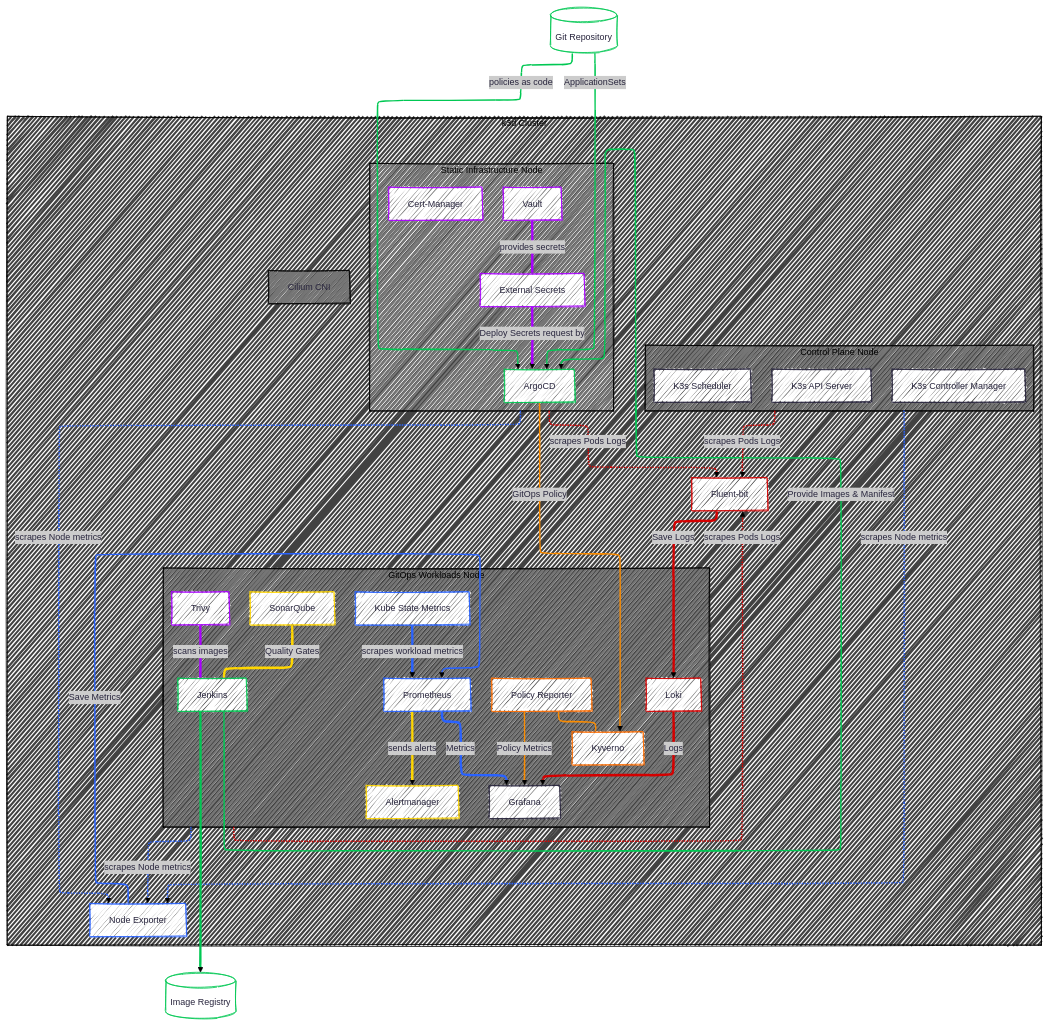
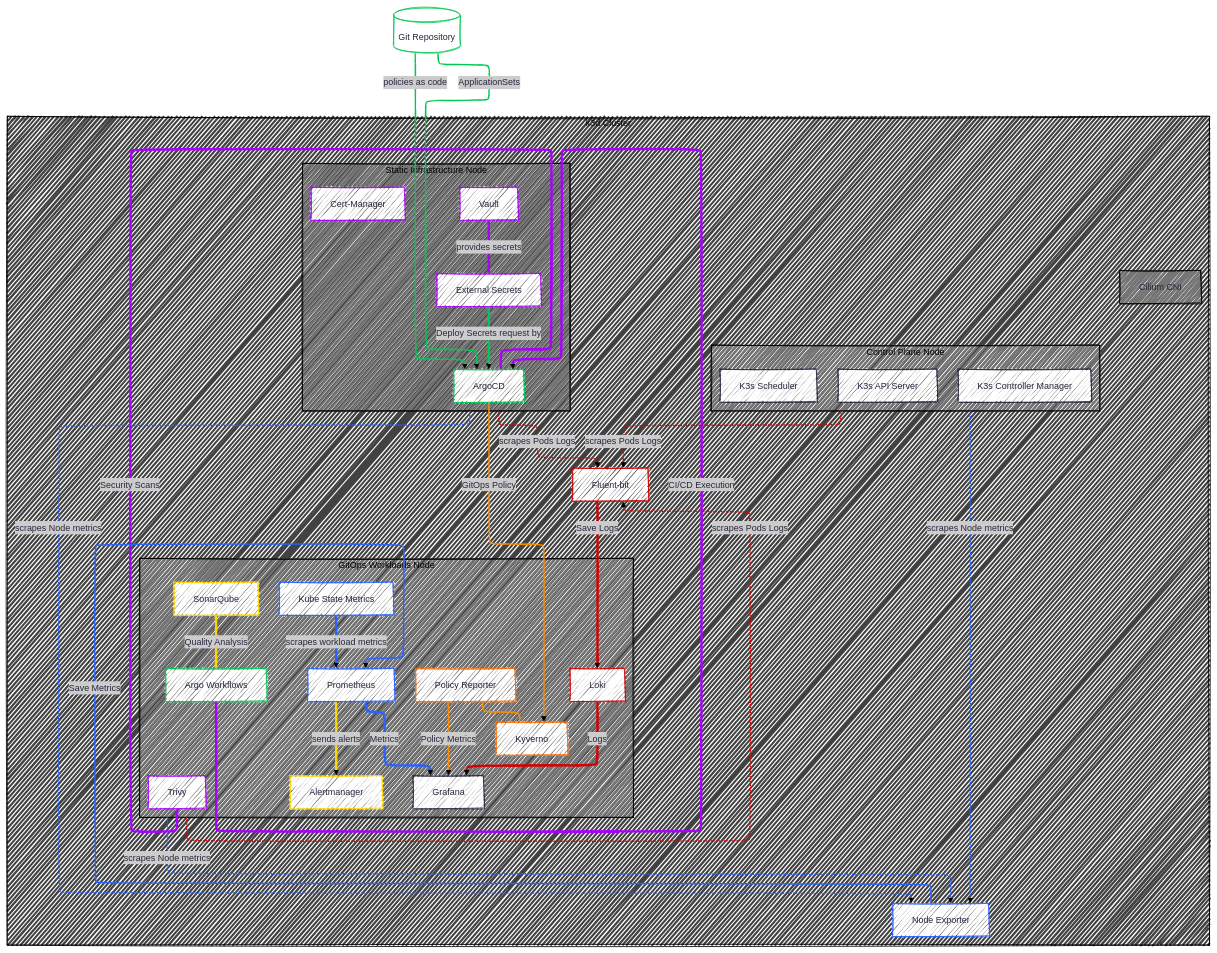
The second of 2 diagrams in README.md (rou-cru/idp-blueprint), drawn with Mermaid before and after one commit. The commit also changed other lines of this file and 10 other files, not shown here.

Commit message:
docs(project): update architecture and developer UX

````diff
--- a/README.md
+++ b/README.md
@@ -167,7 +166,7 @@
         KSM["Kube State Metrics"]
         Grafana["Grafana"]
         Loki["Loki"]
-        Jenkins["Jenkins"]
+        Workflows["Argo Workflows"]
         Sonar["SonarQube"]
         Trivy["Trivy"]
   end
@@ -179,13 +178,13 @@
         Node2
         Node3
   end
-    Jenkins == Provide Images &amp; Manifest ==> ArgoCD
     Git[("Git Repository")] -- policies as code --> ArgoCD
     Git -- ApplicationSets --> ArgoCD
     ESO == Deploy Secrets request by ==> ArgoCD
     Vault == provides secrets === ESO
-    Sonar == Quality Gates === Jenkins
-    Trivy == scans images === Jenkins
+    Workflows == CI/CD Execution ==> ArgoCD
+    Sonar == Quality Analysis === Workflows
+    Trivy == Security Scans === ArgoCD
     ArgoCD == GitOps Policy ==> Kyverno
     PolicyReporter === Kyverno
     PolicyReporter == Policy Metrics ==> Grafana
@@ -201,7 +200,6 @@
     Node3 -. scrapes Pods Logs .-> FluentBit
     FluentBit == Save Logs ==> Loki
     Loki == Logs ==> Grafana
-    Jenkins ==> n1[("Image Registry")]
     style CertMgr stroke:#AA00FF
     style Vault stroke:#AA00FF
     style ESO stroke:#AA00FF
@@ -212,7 +210,7 @@
     style AlertMgr stroke:#FFD600
     style KSM stroke:#2962FF
     style Loki stroke:#D50000
-    style Jenkins stroke:#00C853
+    style Workflows stroke:#00C853
     style Sonar stroke:#FFD600
     style Trivy stroke:#AA00FF
     style Cilium stroke:#000000,fill:#757575
@@ -222,7 +220,6 @@
     style Node2 stroke:#000000,fill:#757575
     style Node3 fill:#757575,stroke:#000000
     style Git stroke:#00C853
-    style n1 stroke:#00C853
     style K3s stroke:#000000,fill:#424242
     linkStyle 0 stroke:#00C853,stroke-width:2px,fill:none
     linkStyle 1 stroke:#00C853,stroke-width:2px,fill:none
@@ -246,5 +243,4 @@
     linkStyle 19 stroke:#D50000,fill:none
     linkStyle 20 stroke:#D50000,fill:none
     linkStyle 21 stroke:#D50000,fill:none
-    linkStyle 22 stroke:#00C853,fill:none
 ```
````
